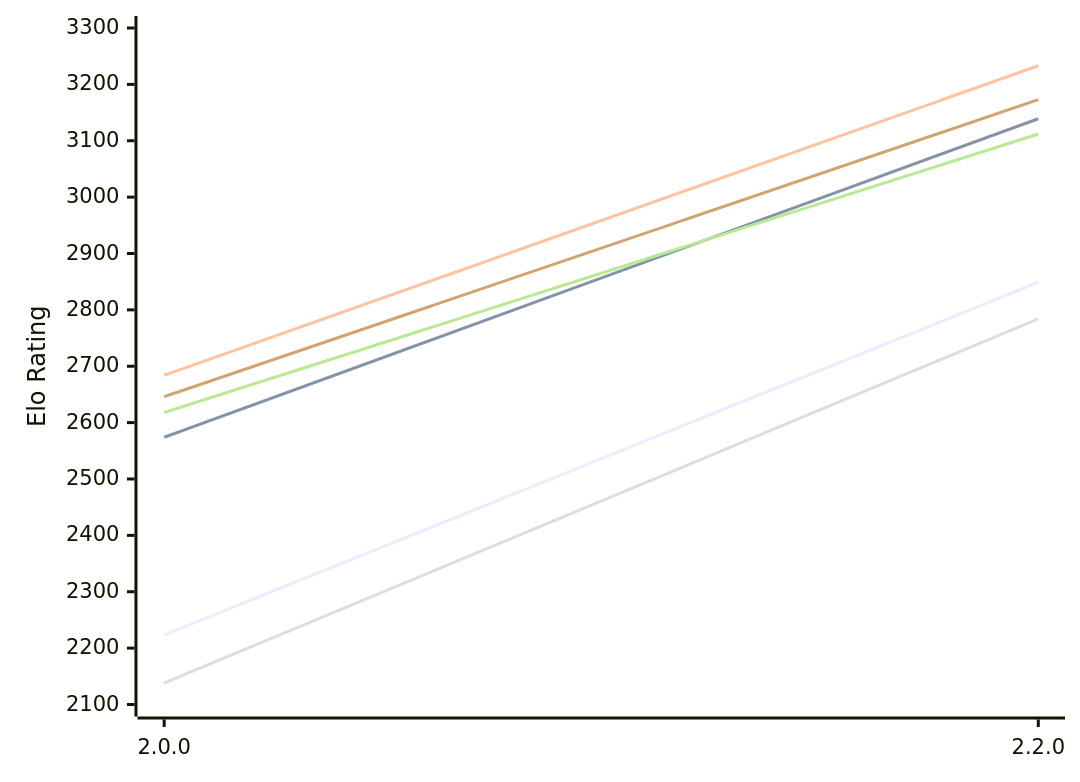
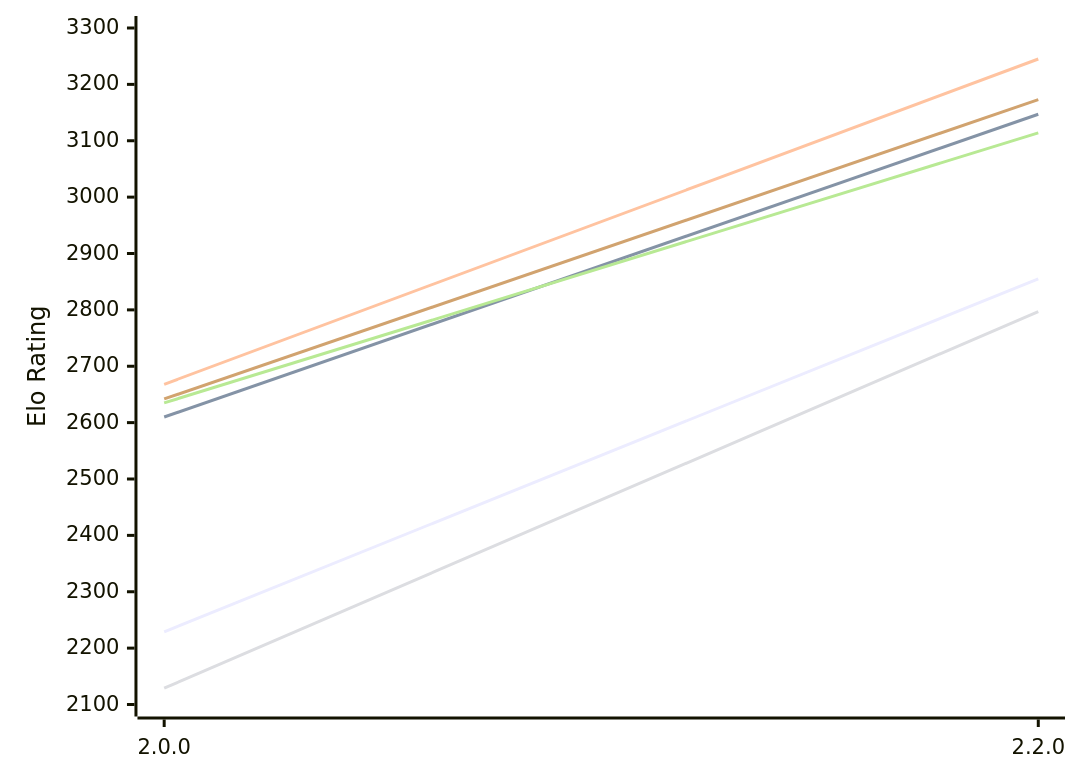
One commit to computer-chess-index/cci changed the first of 2 diagrams in engines/SoloEngine.md. Above: the diagram before and after it, drawn with Mermaid. The commit also changed other lines of this file, not shown here.

Commit message:
Update CCI Ratings (ELO VLTC) - 2026-11-16

````diff
--- a/engines/SoloEngine.md
+++ b/engines/SoloEngine.md
@@ -55,12 +55,12 @@
 ```mermaid
 %%{init: {"theme":"base","themeVariables":{"seriesColors:['#a3a3a3','#222221','#faa371']}}}%%
 xychart-beta
   x-axis ["2.0.0", "2.2.0"]
   y-axis "Elo Rating" 2100 --> 3300
-  line "E1: STC (8.0+0.08s)" [2223, 2849]
-  line "E1: LTC (60.0+0.60s)" [2574, 3139]
-  line "E1: VLTC (2m24s+1.12s)" [2684, 3233]
-  line "P1: STC (8.0+0.08s)" [2138, 2784]
-  line "P1: LTC (60.0+0.60s)" [2618, 3112]
-  line "P1: VLTC (2m24s+1.12s)" [2646, 3173]
+  line "E1: STC (8.0+0.08s)" [2229, 2855]
+  line "E1: LTC (60.0+0.60s)" [2610, 3147]
+  line "E1: VLTC (2m24s+1.12s)" [2668, 3245]
+  line "P1: STC (8.0+0.08s)" [2129, 2797]
+  line "P1: LTC (60.0+0.60s)" [2635, 3114]
+  line "P1: VLTC (2m24s+1.12s)" [2642, 3173]
 ```
````
